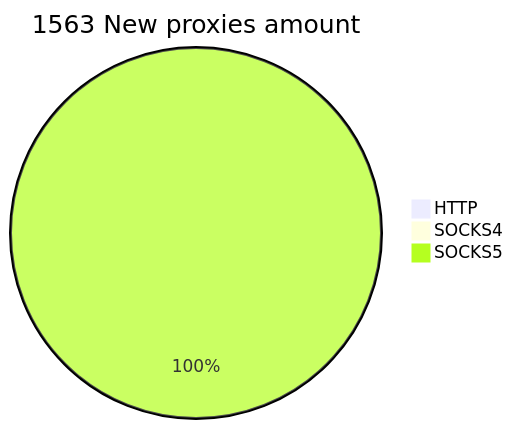
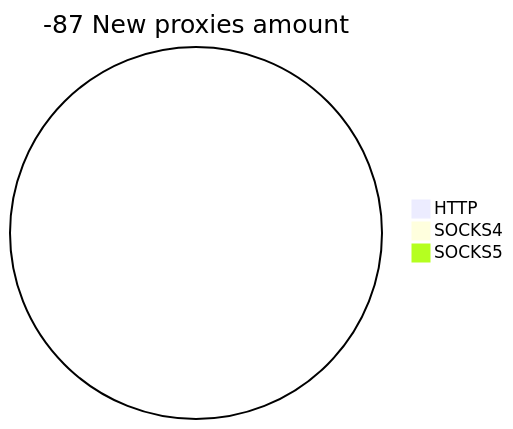
Before and after one commit to cutipu/proxylist: the second of 2 diagrams in README.md, drawn with Mermaid. The commit also changed other lines of this file, not shown here.

````diff
--- a/README.md
+++ b/README.md
@@ -10,6 +10,6 @@
 ```mermaid
-pie title 1563 New proxies amount
+pie title -87 New proxies amount
     "HTTP" : 0
     "SOCKS4" : 0
-    "SOCKS5" : 1563
+    "SOCKS5" : 0
 ```
````
